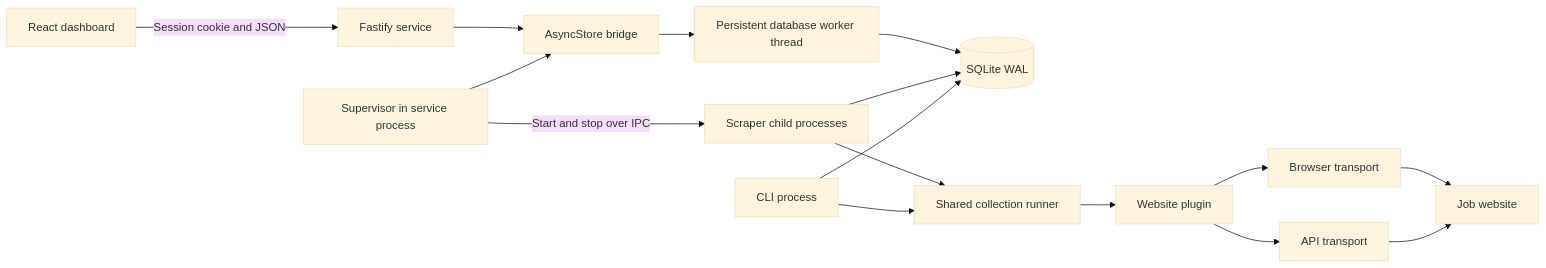
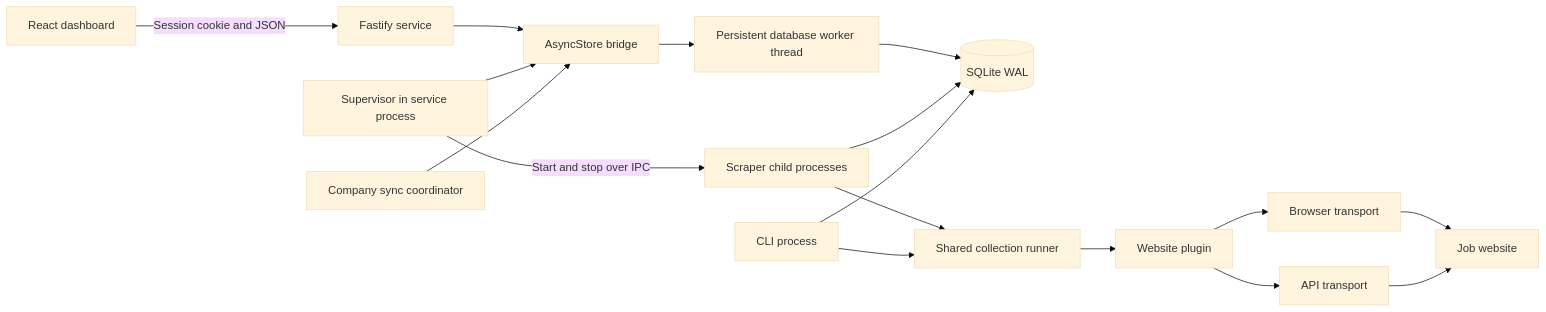
One commit to allenyard-prog/-brainstorm_job_pool changed the first of 2 diagrams in docs/architecture.md. Above: the diagram before and after it, drawn with Mermaid (base theme). The commit also changed other lines of this file and 24 other files, not shown here.

Commit message:
feat: add company directory with manual sync and progress tracking

````diff
--- a/docs/architecture.md
+++ b/docs/architecture.md
@@ -11,18 +11,19 @@
 ```mermaid
 flowchart LR
     UI[React dashboard] -->|Session cookie and JSON| API[Fastify service]
     API --> AS[AsyncStore bridge]
     SUP[Supervisor in service process] --> AS
+    SYNC[Company sync coordinator] --> AS
     AS --> DBW[Persistent database worker thread]
     DBW --> DB[(SQLite WAL)]
     SUP -->|Start and stop over IPC| WORKER[Scraper child processes]
     WORKER --> DB
     WORKER --> RUNNER[Shared collection runner]
     CLI[CLI process] --> RUNNER
     CLI --> DB
     RUNNER --> PLUGIN[Website plugin]
     PLUGIN --> BROWSER[Browser transport]
     PLUGIN --> HTTP[API transport]
     BROWSER --> SITE[Job website]
     HTTP --> SITE
 ```
````
